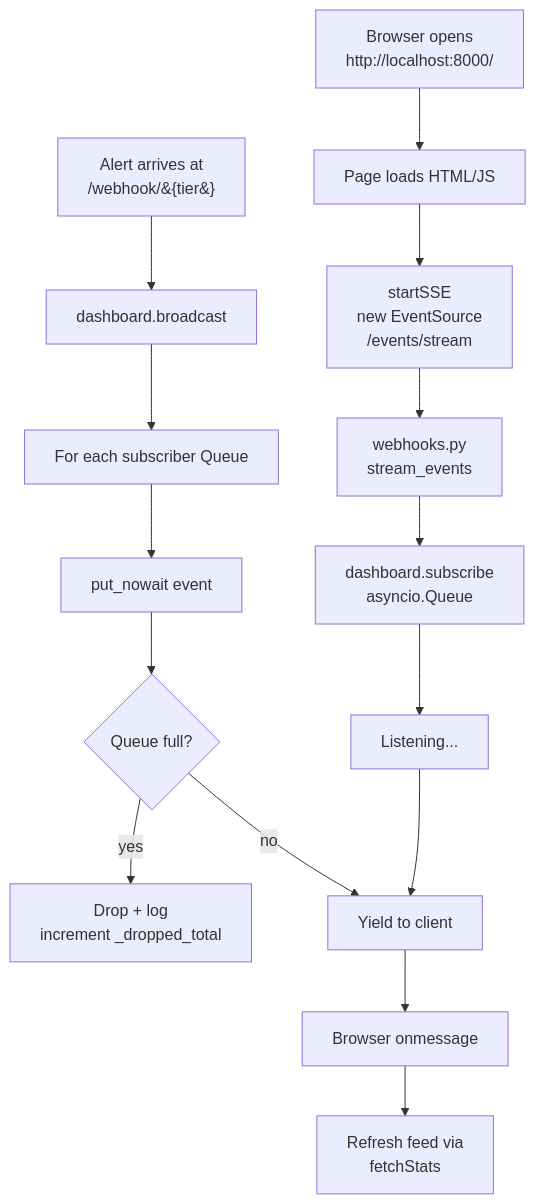
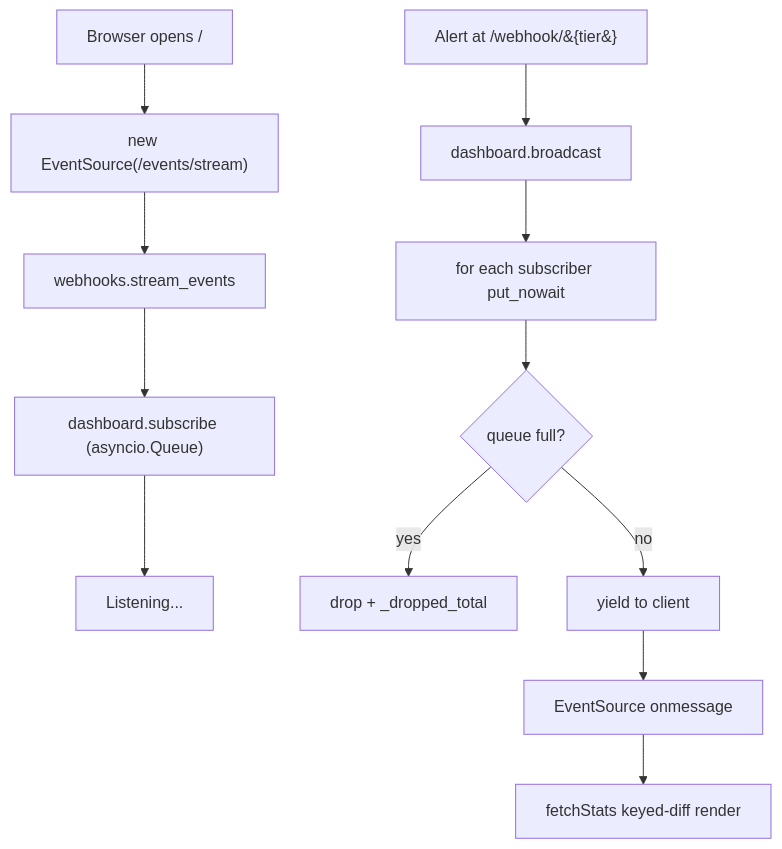
The sixth of 11 diagrams in docs/FEATURE_FLOWS.md (skalkii/wildwatch), drawn with Mermaid before and after one commit. The commit also changed other lines of this file and 1 other file, not shown here.

First line of the commit message:
docs: slim FEATURE_FLOWS + REPO_MAP, fix 2 broken Mermaid charts

````diff
--- a/docs/FEATURE_FLOWS.md
+++ b/docs/FEATURE_FLOWS.md
@@ -294,17 +217,14 @@
 ```mermaid
 flowchart TD
-    A[Browser opens<br/>http://localhost:8000/] --> B[Page loads HTML/JS]
-    B --> C[startSSE<br/>new EventSource<br/>/events/stream]
-    C --> D[webhooks.py<br/>stream_events]
-    D --> E[dashboard.subscribe<br/>asyncio.Queue]
-    E --> F[Listening...]
-    G[Alert arrives at<br/>/webhook/&#123;tier&#125;] --> H[dashboard.broadcast]
-    H --> I[For each subscriber Queue]
-    I --> J[put_nowait event]
-    J --> K{Queue full?}
-    K -->|yes| L[Drop + log<br/>increment _dropped_total]
-    K -->|no| M[Yield to client]
-    M --> N[Browser onmessage]
-    N --> O[Refresh feed via<br/>fetchStats]
-    F --> M
+    A["Browser opens /"] --> B["new EventSource(/events/stream)"]
+    B --> C["webhooks.stream_events"]
+    C --> D["dashboard.subscribe (asyncio.Queue)"]
+    D --> E["Listening..."]
+    G["Alert at /webhook/&#123;tier&#125;"] --> H["dashboard.broadcast"]
+    H --> I["for each subscriber put_nowait"]
+    I --> J{"queue full?"}
+    J -->|yes| K["drop + _dropped_total"]
+    J -->|no| L["yield to client"]
+    L --> M["EventSource onmessage"]
+    M --> N["fetchStats keyed-diff render"]
 ```
````
